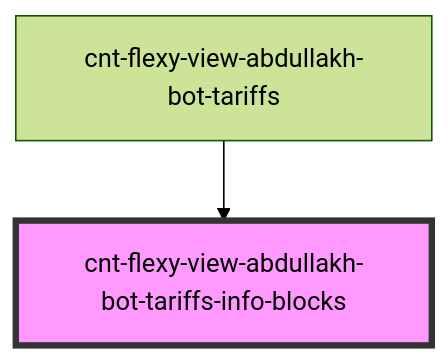
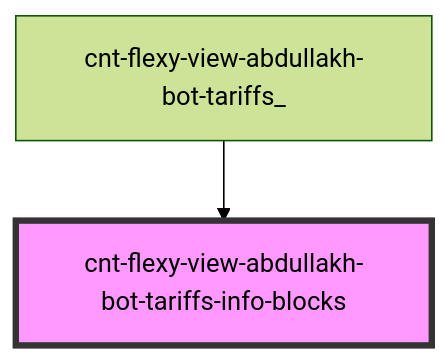
The diagram in src/components/cnt-flexy-view-abdullakh-bot-tariffs/res/view/cnt-flexy-view-abdullakh-bot-tariffs_/res/view/cnt-flexy-view-abdullakh-bot-tariffs-info-blocks/readme.md (Wokh-Dada/botdevelopmentapp), drawn with Mermaid (forest theme) before and after one commit. The commit also changed other lines of this file and 34 other files, not shown here.

````diff
--- a/src/components/cnt-flexy-view-abdullakh-bot-tariffs/res/view/cnt-flexy-view-abdullakh-bot-tariffs_/res/view/cnt-flexy-view-abdullakh-bot-tariffs-info-blocks/readme.md
+++ b/src/components/cnt-flexy-view-abdullakh-bot-tariffs/res/view/cnt-flexy-view-abdullakh-bot-tariffs_/res/view/cnt-flexy-view-abdullakh-bot-tariffs-info-blocks/readme.md
@@ -30,5 +30,5 @@
 ```mermaid
 graph TD;
-  cnt-flexy-view-abdullakh-bot-tariffs --> cnt-flexy-view-abdullakh-bot-tariffs-info-blocks
+  cnt-flexy-view-abdullakh-bot-tariffs_ --> cnt-flexy-view-abdullakh-bot-tariffs-info-blocks
   style cnt-flexy-view-abdullakh-bot-tariffs-info-blocks fill:#f9f,stroke:#333,stroke-width:4px
 ```
````
